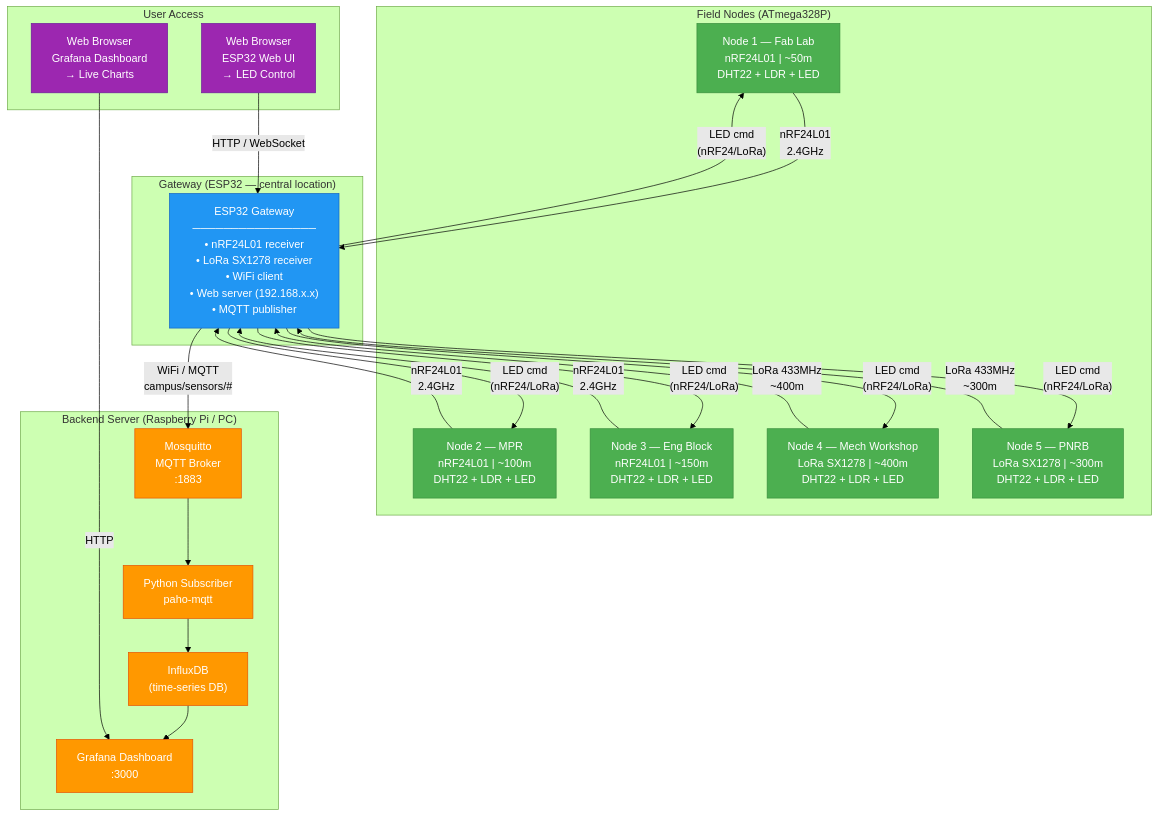
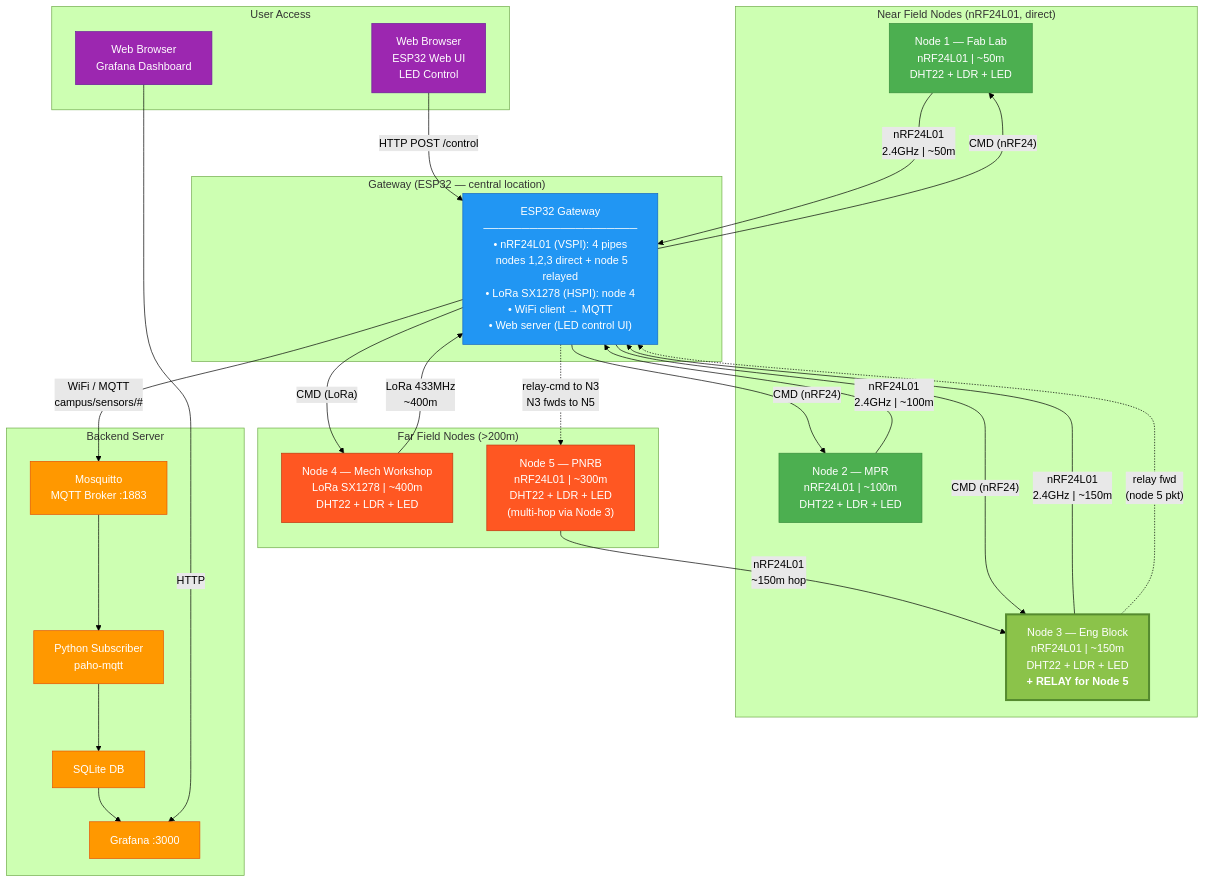
The diagram in docs/network-diagram.md (zamsi-ajegetina/campmon), drawn with Mermaid (forest theme) before and after one commit. The commit also changed other lines of this file and 1 other file, not shown here.

````diff
--- a/docs/network-diagram.md
+++ b/docs/network-diagram.md
@@ -14,63 +19,72 @@
 ```mermaid
 graph TB
-    subgraph FIELD_NODES["Field Nodes (ATmega328P)"]
+    subgraph FIELD_NEAR["Near Field Nodes (nRF24L01, direct)"]
         N1["Node 1 — Fab Lab<br/>nRF24L01 | ~50m<br/>DHT22 + LDR + LED"]
         N2["Node 2 — MPR<br/>nRF24L01 | ~100m<br/>DHT22 + LDR + LED"]
-        N3["Node 3 — Eng Block<br/>nRF24L01 | ~150m<br/>DHT22 + LDR + LED"]
+        N3["Node 3 — Eng Block<br/>nRF24L01 | ~150m<br/>DHT22 + LDR + LED<br/><b>+ RELAY for Node 5</b>"]
+    end
+
+    subgraph FIELD_FAR["Far Field Nodes (>200m)"]
         N4["Node 4 — Mech Workshop<br/>LoRa SX1278 | ~400m<br/>DHT22 + LDR + LED"]
-        N5["Node 5 — PNRB<br/>LoRa SX1278 | ~300m<br/>DHT22 + LDR + LED"]
+        N5["Node 5 — PNRB<br/>nRF24L01 | ~300m<br/>DHT22 + LDR + LED<br/>(multi-hop via Node 3)"]
     end
 
     subgraph GATEWAY["Gateway (ESP32 — central location)"]
-        GW["ESP32 Gateway<br/>────────────────<br/>• nRF24L01 receiver<br/>• LoRa SX1278 receiver<br/>• WiFi client<br/>• Web server (192.168.x.x)<br/>• MQTT publisher"]
+        GW["ESP32 Gateway<br/>────────────────────<br/>• nRF24L01 (VSPI): 4 pipes<br/>  nodes 1,2,3 direct + node 5 relayed<br/>• LoRa SX1278 (HSPI): node 4<br/>• WiFi client → MQTT<br/>• Web server (LED control UI)"]
     end
 
-    subgraph BACKEND["Backend Server (Raspberry Pi / PC)"]
-        MQTT["Mosquitto<br/>MQTT Broker<br/>:1883"]
+    subgraph BACKEND["Backend Server"]
+        MQTT["Mosquitto<br/>MQTT Broker :1883"]
         PY["Python Subscriber<br/>paho-mqtt"]
-        DB["InfluxDB<br/>(time-series DB)"]
-        GRAF["Grafana Dashboard<br/>:3000"]
+        DB["SQLite DB"]
+        GRAF["Grafana :3000"]
     end
 
     subgraph USER["User Access"]
-        WEBUI["Web Browser<br/>ESP32 Web UI<br/>→ LED Control"]
-        DASH["Web Browser<br/>Grafana Dashboard<br/>→ Live Charts"]
+        WEBUI["Web Browser<br/>ESP32 Web UI<br/>LED Control"]
+        DASH["Web Browser<br/>Grafana Dashboard"]
     end
 
-    %% Sensor data uplinks
-    N1 -- "nRF24L01\n2.4GHz" --> GW
-    N2 -- "nRF24L01\n2.4GHz" --> GW
-    N3 -- "nRF24L01\n2.4GHz" --> GW
+    %% Direct nRF24 links
+    N1 -- "nRF24L01\n2.4GHz | ~50m" --> GW
+    N2 -- "nRF24L01\n2.4GHz | ~100m" --> GW
+    N3 -- "nRF24L01\n2.4GHz | ~150m" --> GW
+
+    %% Multi-hop: Node 5 → Node 3 (relay) → Gateway
+    N5 -- "nRF24L01\n~150m hop" --> N3
+    N3 -. "relay fwd\n(node 5 pkt)" .-> GW
+
+    %% LoRa direct
     N4 -- "LoRa 433MHz\n~400m" --> GW
-    N5 -- "LoRa 433MHz\n~300m" --> GW
 
-    %% Control downlinks
-    GW -- "LED cmd\n(nRF24/LoRa)" --> N1
-    GW -- "LED cmd\n(nRF24/LoRa)" --> N2
-    GW -- "LED cmd\n(nRF24/LoRa)" --> N3
-    GW -- "LED cmd\n(nRF24/LoRa)" --> N4
-    GW -- "LED cmd\n(nRF24/LoRa)" --> N5
-
-    %% Gateway to backend
-    GW -- "WiFi / MQTT\ncampus/sensors/#" --> MQTT
+    %% LED command downlinks
+    GW -- "CMD (nRF24)" --> N1
+    GW -- "CMD (nRF24)" --> N2
+    GW -- "CMD (nRF24)" --> N3
+    GW -- "CMD (LoRa)" --> N4
+    GW -. "relay-cmd to N3\nN3 fwds to N5" .-> N5
 
     %% Backend pipeline
+    GW -- "WiFi / MQTT\ncampus/sensors/#" --> MQTT
     MQTT --> PY
     PY --> DB
     DB --> GRAF
 
     %% User access
-    WEBUI -- "HTTP / WebSocket" --> GW
+    WEBUI -- "HTTP POST /control" --> GW
     DASH -- "HTTP" --> GRAF
 
-    %% Styles
-    classDef node fill:#4CAF50,color:#fff,stroke:#388E3C
-    classDef gateway fill:#2196F3,color:#fff,stroke:#1565C0
-    classDef backend fill:#FF9800,color:#fff,stroke:#E65100
-    classDef user fill:#9C27B0,color:#fff,stroke:#6A1B9A
+    classDef nodeNear fill:#4CAF50,color:#fff,stroke:#388E3C
+    classDef nodeFar  fill:#FF5722,color:#fff,stroke:#BF360C
+    classDef relay    fill:#8BC34A,color:#fff,stroke:#558B2F,stroke-width:3px
+    classDef gateway  fill:#2196F3,color:#fff,stroke:#1565C0
+    classDef backend  fill:#FF9800,color:#fff,stroke:#E65100
+    classDef user     fill:#9C27B0,color:#fff,stroke:#6A1B9A
 
-    class N1,N2,N3,N4,N5 node
+    class N1,N2 nodeNear
+    class N3 relay
+    class N4,N5 nodeFar
     class GW gateway
     class MQTT,PY,DB,GRAF backend
     class WEBUI,DASH user
 ```
````
